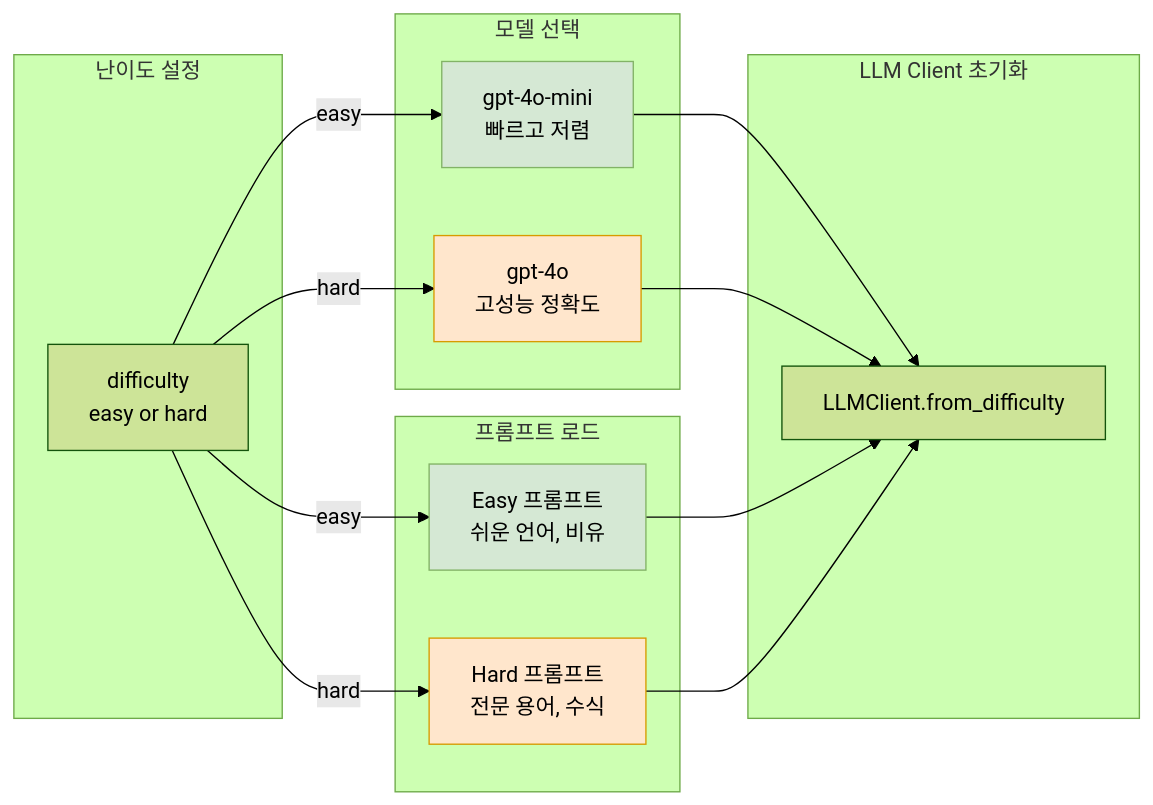
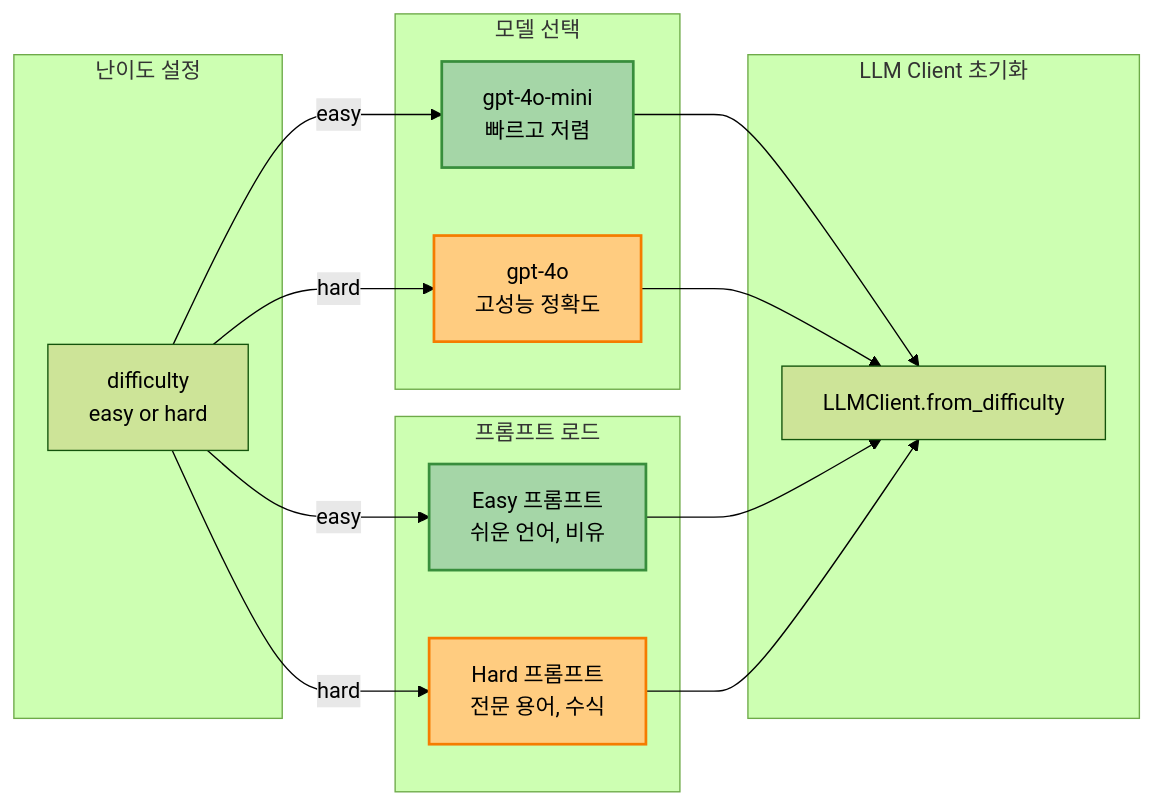
One commit to AIBootcamp14/langchainproject-new-langchainproject_5 changed the third of 3 diagrams in docs/issues/04-1_프롬프트_엔지니어링_통합_보고서.md. Above: the diagram before and after it, drawn with Mermaid (forest theme). The commit also changed other lines of this file, not shown here.

First line of the commit message:
docs: 프롬프트 엔지니어링 통합 보고서 Mermaid 색상 스타일 통일

````diff
--- a/docs/issues/04-1_프롬프트_엔지니어링_통합_보고서.md
+++ b/docs/issues/04-1_프롬프트_엔지니어링_통합_보고서.md
@@ -395,36 +395,36 @@
 ```mermaid
 graph LR
     subgraph "난이도 설정"
         Difficulty[difficulty<br/>easy or hard]
     end
 
     subgraph "LLM Client 초기화"
         LLMClient[LLMClient.from_difficulty]
     end
 
     subgraph "모델 선택"
         EasyModel[gpt-4o-mini<br/>빠르고 저렴]
         HardModel[gpt-4o<br/>고성능 정확도]
     end
 
     subgraph "프롬프트 로드"
         EasyPrompt[Easy 프롬프트<br/>쉬운 언어, 비유]
         HardPrompt[Hard 프롬프트<br/>전문 용어, 수식]
     end
 
     Difficulty -->|"easy"| EasyModel
     Difficulty -->|"hard"| HardModel
     Difficulty -->|"easy"| EasyPrompt
     Difficulty -->|"hard"| HardPrompt
 
     EasyModel --> LLMClient
     HardModel --> LLMClient
     EasyPrompt --> LLMClient
     HardPrompt --> LLMClient
 
-    classDef easy fill:#D5E8D4,stroke:#82B366
-    classDef hard fill:#FFE6CC,stroke:#D79B00
+    classDef easy fill:#a5d6a7,stroke:#388e3c,stroke-width:2px,color:#000
+    classDef hard fill:#ffcc80,stroke:#f57c00,stroke-width:2px,color:#000
 
     class EasyModel,EasyPrompt easy
     class HardModel,HardPrompt hard
 ```
````
